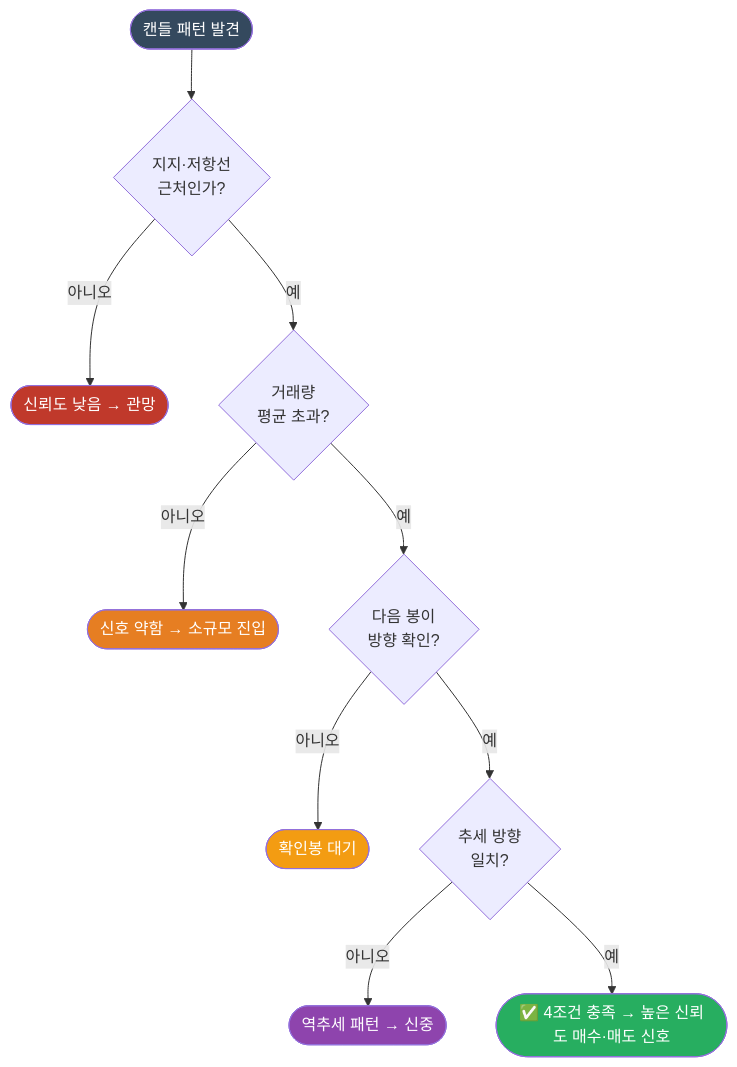
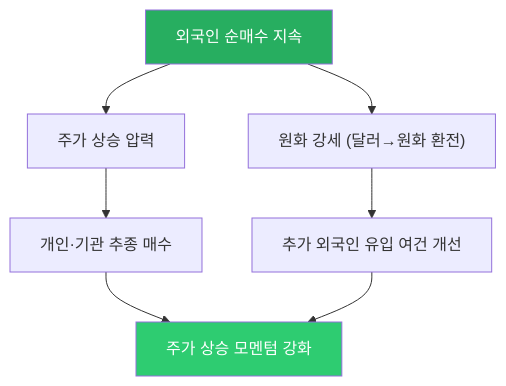
Before and after one commit to edumgt/python-quant: the second of 3 diagrams in docs/11.md, drawn with Mermaid. The commit also changed other lines of this file and 36 other files, not shown here.

````diff
--- a/docs/11.md
+++ b/docs/11.md
@@ -168,19 +1193,12 @@
 ```mermaid
 flowchart TD
-    A([캔들 패턴 발견]) --> B{지지·저항선\n근처인가?}
-    B -- 아니오 --> Z1([신뢰도 낮음 → 관망])
-    B -- 예 --> C{거래량\n평균 초과?}
-    C -- 아니오 --> Z2([신호 약함 → 소규모 진입])
-    C -- 예 --> D{다음 봉이\n방향 확인?}
-    D -- 아니오 --> Z3([확인봉 대기])
-    D -- 예 --> E{추세 방향\n일치?}
-    E -- 아니오 --> Z4([역추세 패턴 → 신중])
-    E -- 예 --> F([✅ 4조건 충족 → 높은 신뢰도 매수·매도 신호])
+    A["외국인 순매수 지속"] --> B["주가 상승 압력"]
+    A --> C["원화 강세 (달러→원화 환전)"]
+    B --> D["개인·기관 추종 매수"]
+    C --> E["추가 외국인 유입 여건 개선"]
+    D --> F["주가 상승 모멘텀 강화"]
+    E --> F
 
-    style A fill:#34495e,color:#fff
-    style F fill:#27ae60,color:#fff
-    style Z1 fill:#c0392b,color:#fff
-    style Z2 fill:#e67e22,color:#fff
-    style Z3 fill:#f39c12,color:#fff
-    style Z4 fill:#8e44ad,color:#fff
+    style A fill:#27ae60,color:#fff
+    style F fill:#2ecc71,color:#fff
 ```
````
